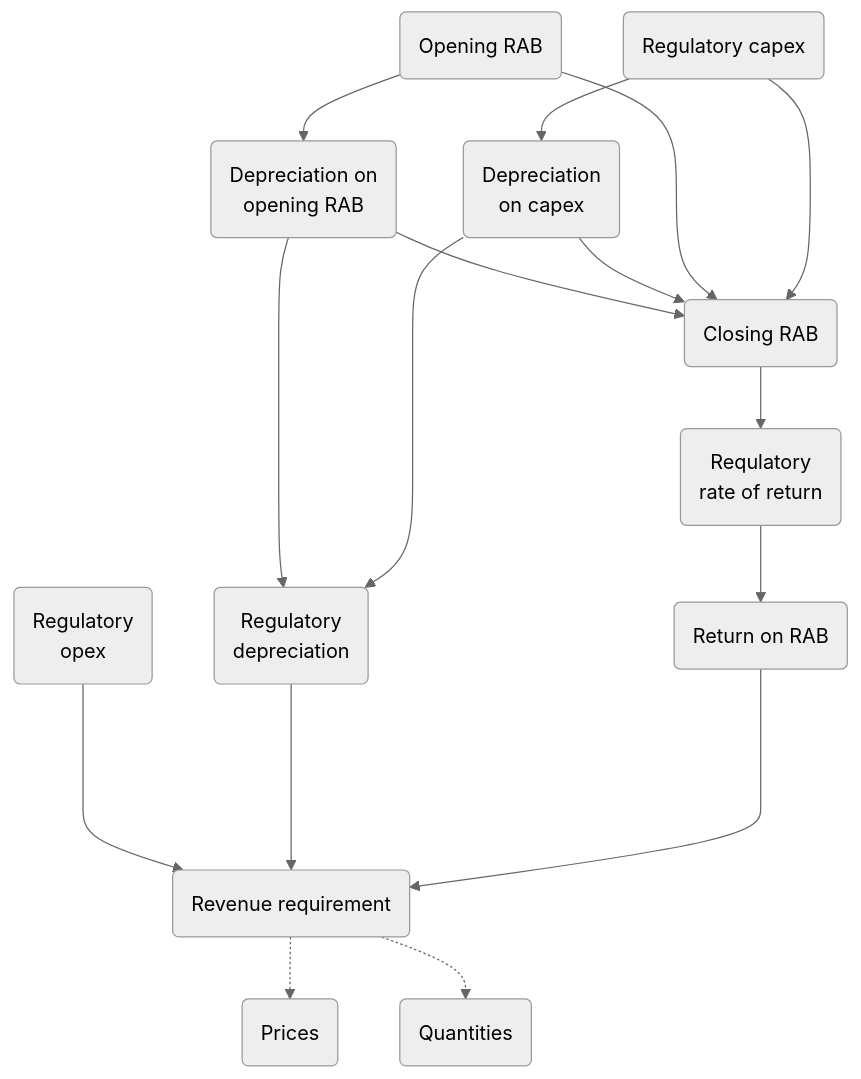
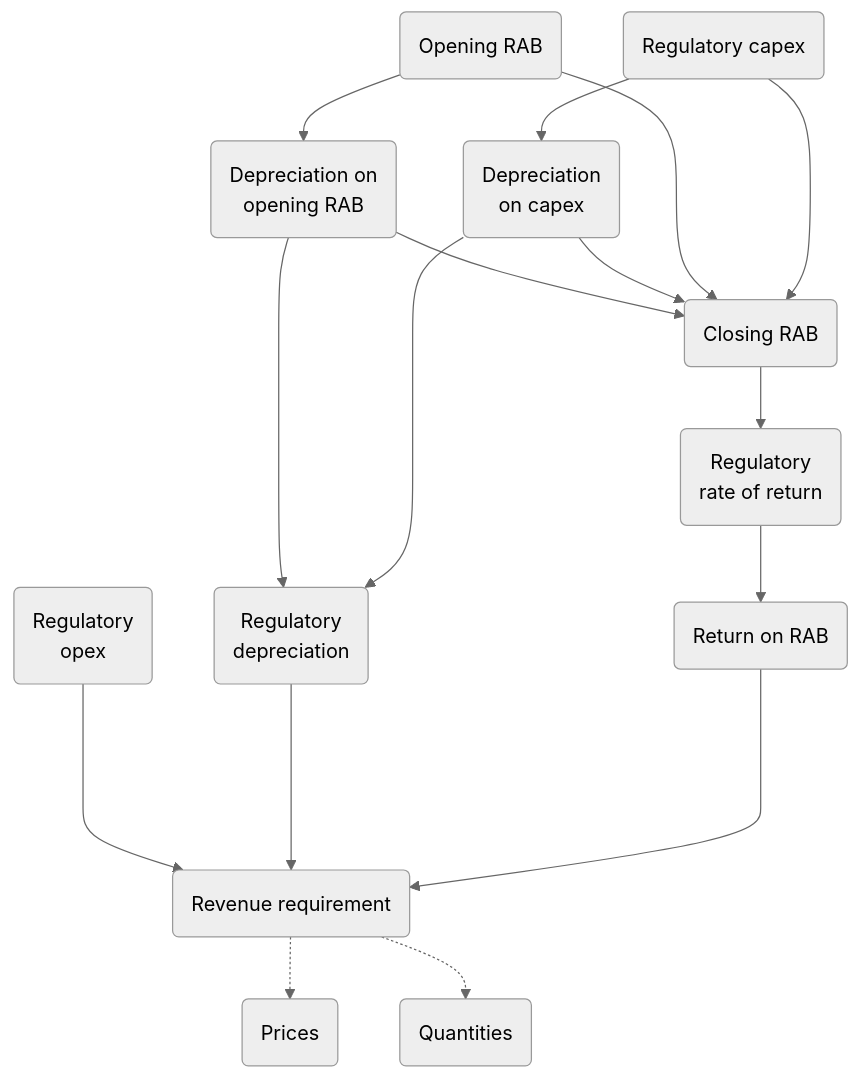
One commit to Brent-Morrison/Building-Block changed the diagram in README.md. Above: the diagram before and after it, drawn with Mermaid (neutral theme). The commit also changed 4 other files, not shown here.

````diff
--- a/README.md
+++ b/README.md
@@ -5,18 +5,18 @@
 ```mermaid
 flowchart TD
     A(Opening RAB) -->B(Depreciation on<br/>opening RAB)
     C(Regulatory capex) -->D(Depreciation<br/>on capex)
     I(Regulatory<br>opex) ----> J(Revenue requirement) 
     B --> E(Closing RAB)
     D --> E
     A --> E
     C --> E
     B ----> H(Regulatory<br>depreciation)
     D ----> H
-    E --> F(Requlatory<br>rate of return)
+    E --> F(Regulatory<br>rate of return)
     F --> G(Return on RAB)
     H ----> J(Revenue requirement) 
     G ----> J
     J -.-> K(Prices)
     J -.-> L(Quantities)
 ```
````
